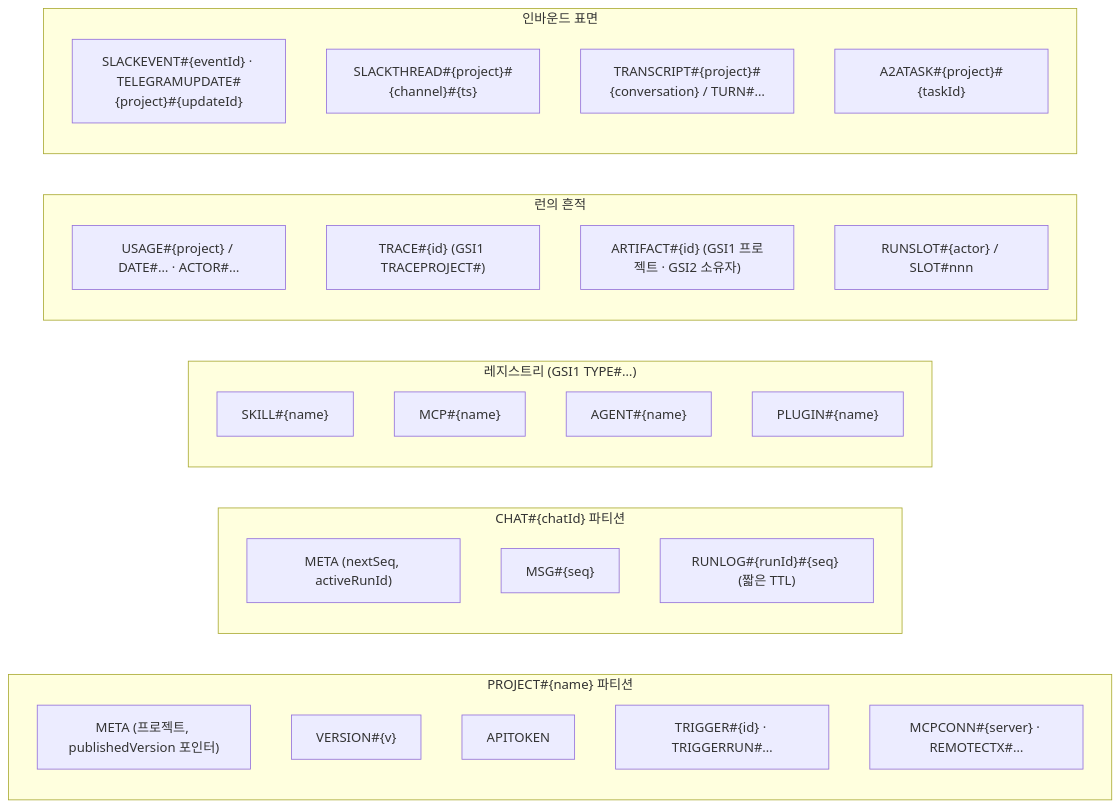
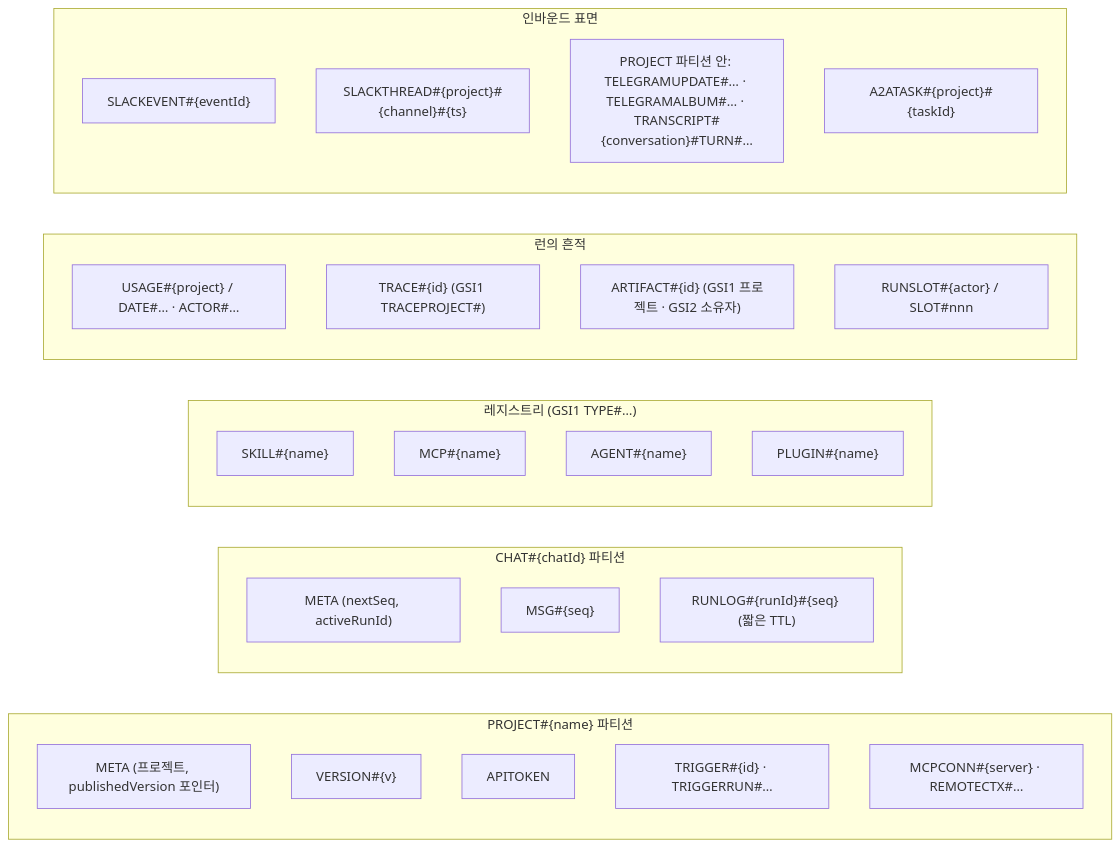
Before and after one commit to opspresso/agent-studio: the sixth of 6 diagrams in docs/DIAGRAMS.md, drawn with Mermaid. The commit also changed 30 other files, not shown here.

````diff
--- a/docs/DIAGRAMS.md
+++ b/docs/DIAGRAMS.md
@@ -191,33 +191,33 @@
 ```mermaid
 flowchart LR
   subgraph project["PROJECT#{name} 파티션"]
     meta["META (프로젝트, publishedVersion 포인터)"]
     ver["VERSION#{v}"]
     tok["APITOKEN"]
     trig["TRIGGER#{id} · TRIGGERRUN#…"]
     conn["MCPCONN#{server} · REMOTECTX#…"]
   end
   subgraph chat["CHAT#{chatId} 파티션"]
     cmeta["META (nextSeq, activeRunId)"]
     msg["MSG#{seq}"]
     runlog["RUNLOG#{runId}#{seq} (짧은 TTL)"]
   end
   subgraph registry["레지스트리 (GSI1 TYPE#…)"]
     skill["SKILL#{name}"]
     mcp["MCP#{name}"]
     agent["AGENT#{name}"]
     plugin["PLUGIN#{name}"]
   end
   subgraph runs["런의 흔적"]
     usage["USAGE#{project} / DATE#… · ACTOR#…"]
     trace["TRACE#{id} (GSI1 TRACEPROJECT#)"]
     artifact["ARTIFACT#{id} (GSI1 프로젝트 · GSI2 소유자)"]
     slot["RUNSLOT#{actor} / SLOT#nnn"]
   end
   subgraph inbound["인바운드 표면"]
-    sev["SLACKEVENT#{eventId} · TELEGRAMUPDATE#{project}#{updateId}"]
+    sev["SLACKEVENT#{eventId}"]
     sthread["SLACKTHREAD#{project}#{channel}#{ts}"]
-    transcript["TRANSCRIPT#{project}#{conversation} / TURN#…"]
+    transcript["PROJECT 파티션 안: TELEGRAMUPDATE#… · TELEGRAMALBUM#… · TRANSCRIPT#{conversation}#TURN#…"]
     a2atask["A2ATASK#{project}#{taskId}"]
   end
 ```
````
